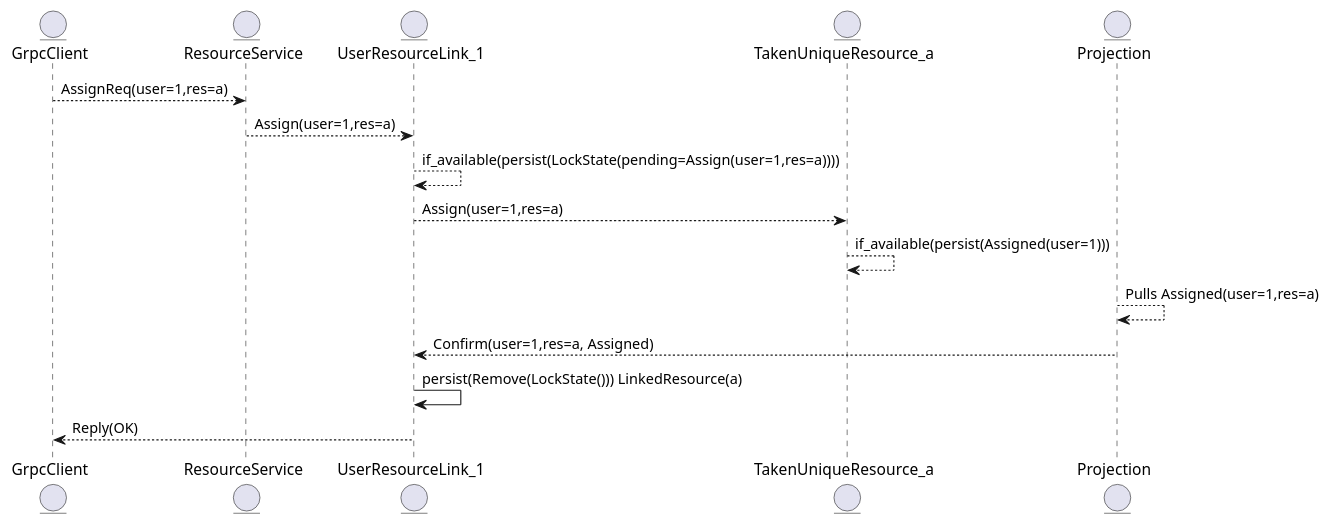
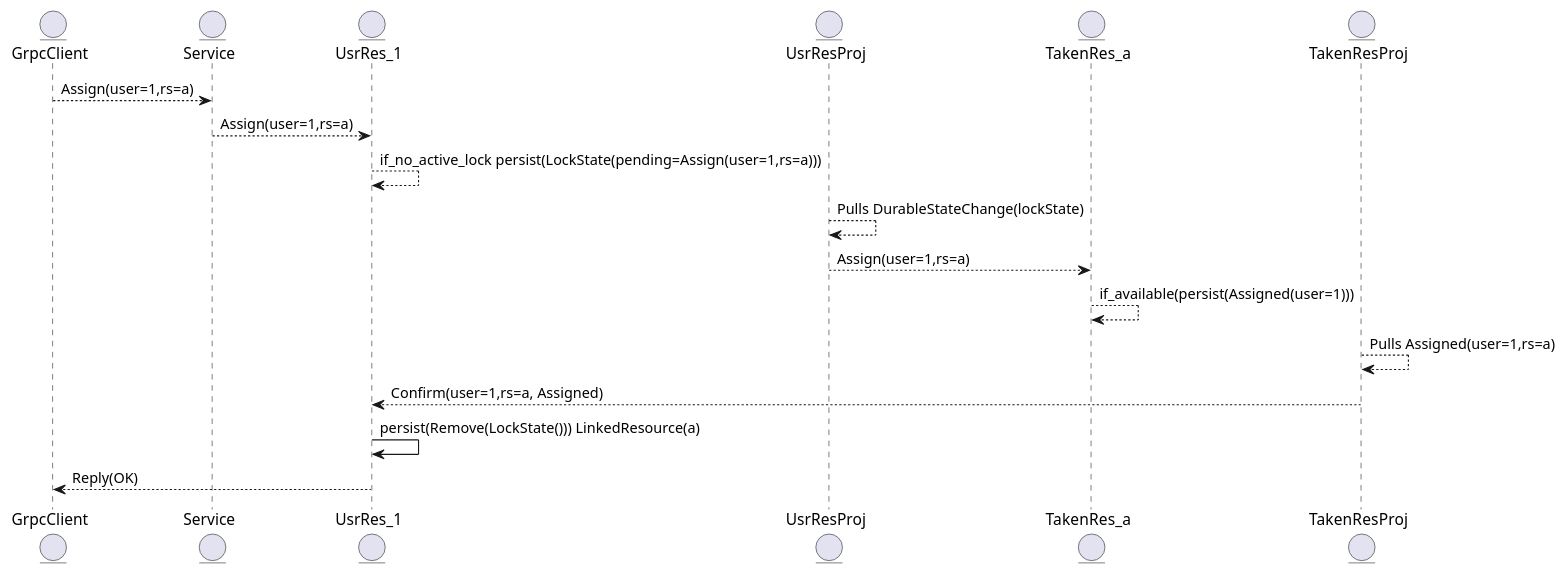
The first of 2 diagrams in diagrams.md (haghard/unique-resource-management), drawn with PlantUML before and after one commit. The commit also changed other lines of this file and 15 other files, not shown here.

````diff
--- a/diagrams.md
+++ b/diagrams.md
@@ -4,30 +4,32 @@
 ```plantuml
 @startuml
 
 entity GrpcClient
 
-entity ResourceService
+entity Service
 
-entity UserResourceLink_1
+entity UsrRes_1
 
-entity TakenUniqueResource_a
+entity UsrResProj
 
-entity Projection
+entity TakenRes_a
 
-GrpcClient --> ResourceService: AssignReq(user=1,res=a)
-ResourceService --> UserResourceLink_1: Assign(user=1,res=a)
-UserResourceLink_1 --> UserResourceLink_1: if_available(persist(LockState(pending=Assign(user=1,res=a)))) 
-UserResourceLink_1 --> TakenUniqueResource_a: Assign(user=1,res=a)
+entity TakenResProj
+
+GrpcClient --> Service: Assign(user=1,rs=a)
+Service --> UsrRes_1: Assign(user=1,rs=a)
+UsrRes_1 --> UsrRes_1: if_no_active_lock persist(LockState(pending=Assign(user=1,rs=a))) 
+
+UsrResProj --> UsrResProj: Pulls DurableStateChange(lockState) 
+UsrResProj --> TakenRes_a: Assign(user=1,rs=a) 
+
+TakenRes_a --> TakenRes_a: if_available(persist(Assigned(user=1)))  
 
 
-TakenUniqueResource_a --> TakenUniqueResource_a: if_available(persist(Assigned(user=1)))  
-
-
-
-Projection --> Projection: Pulls Assigned(user=1,res=a)
-Projection --> UserResourceLink_1: Confirm(user=1,res=a, Assigned)
-UserResourceLink_1 -> UserResourceLink_1: persist(Remove(LockState())) LinkedResource(a)
-UserResourceLink_1 --> GrpcClient : Reply(OK)  
+TakenResProj --> TakenResProj: Pulls Assigned(user=1,rs=a)
+TakenResProj --> UsrRes_1: Confirm(user=1,rs=a, Assigned)
+UsrRes_1 -> UsrRes_1: persist(Remove(LockState())) LinkedResource(a)
+UsrRes_1 --> GrpcClient : Reply(OK)  
 
 @enduml
 ```
````
